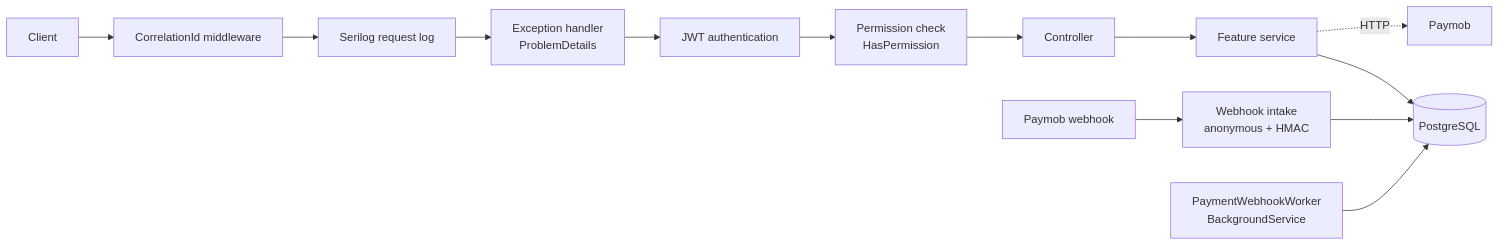
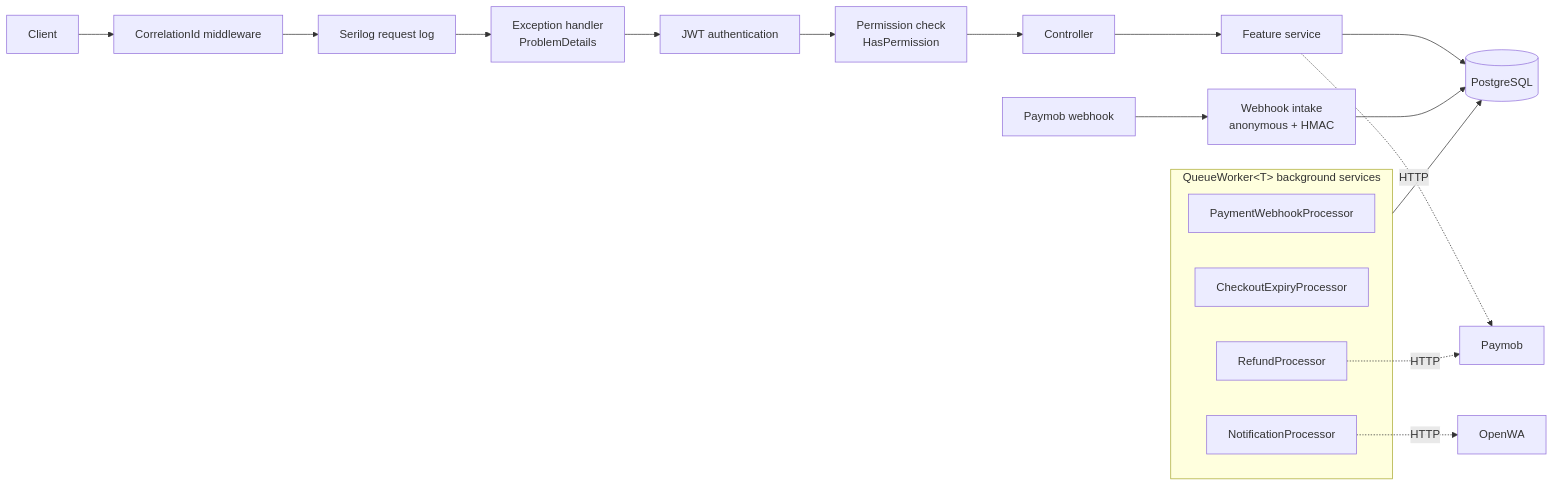
The first of 11 diagrams in README.md (elsayedmohy/Erp.Api), drawn with Mermaid before and after one commit. The commit also changed other lines of this file, not shown here.

````diff
--- a/README.md
+++ b/README.md
@@ -132,15 +152,23 @@
 ```mermaid
 flowchart LR
     C[Client] --> CID[CorrelationId middleware]
     CID --> LOG[Serilog request log]
     LOG --> EX[Exception handler<br/>ProblemDetails]
     EX --> AUTHN[JWT authentication]
     AUTHN --> AUTHZ[Permission check<br/>HasPermission]
     AUTHZ --> CTRL[Controller]
     CTRL --> SVC[Feature service]
     SVC --> DB[(PostgreSQL)]
     SVC -. HTTP .-> PM[Paymob]
     WH[Paymob webhook] --> INTAKE[Webhook intake<br/>anonymous + HMAC]
     INTAKE --> DB
-    WORKER[PaymentWebhookWorker<br/>BackgroundService] --> DB
+    subgraph Workers[QueueWorker&lt;T&gt; background services]
+      W1[PaymentWebhookProcessor]
+      W2[CheckoutExpiryProcessor]
+      W3[RefundProcessor]
+      W4[NotificationProcessor]
+    end
+    Workers --> DB
+    W3 -. HTTP .-> PM
+    W4 -. HTTP .-> WA[OpenWA]
 ```
````
